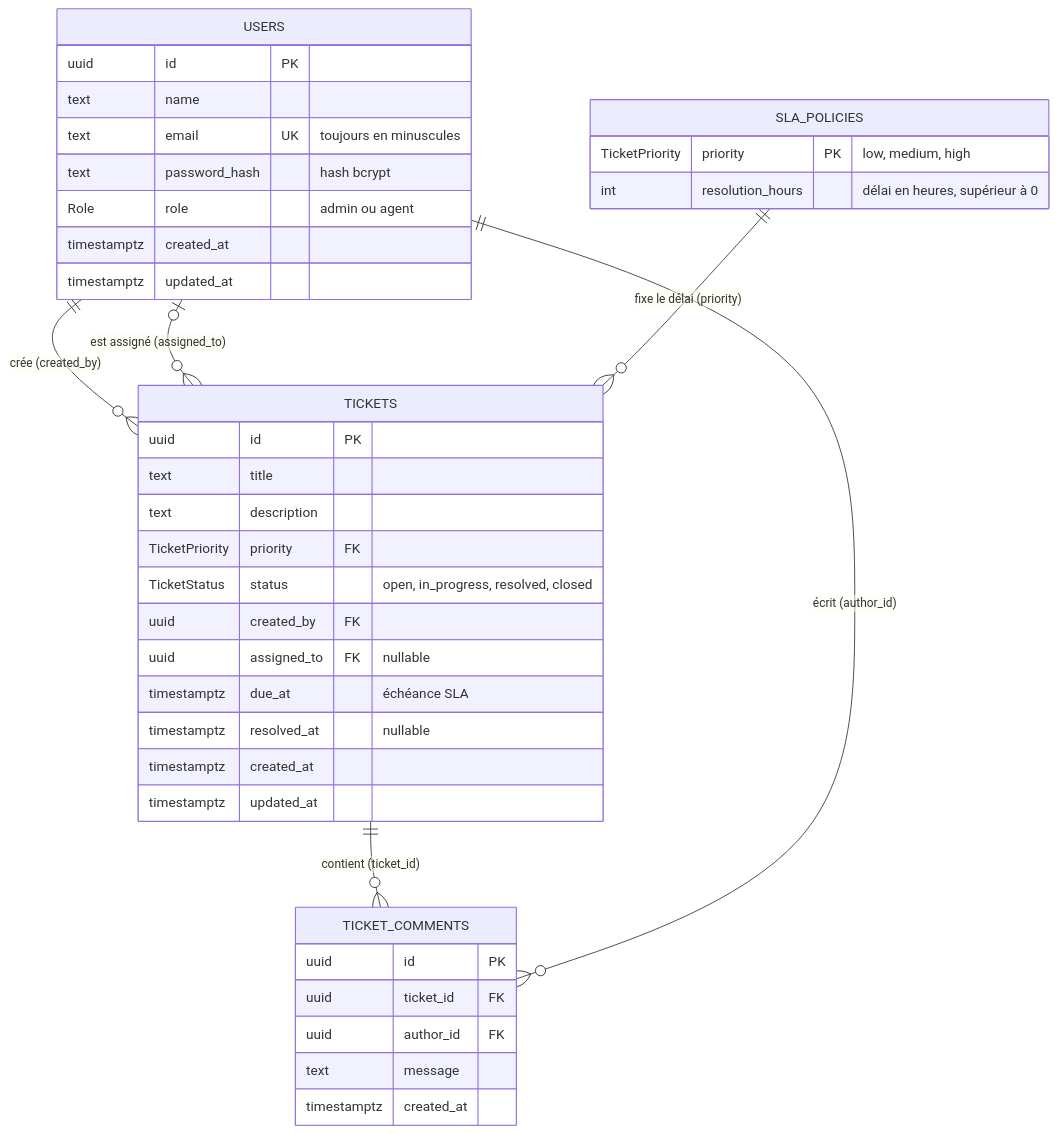
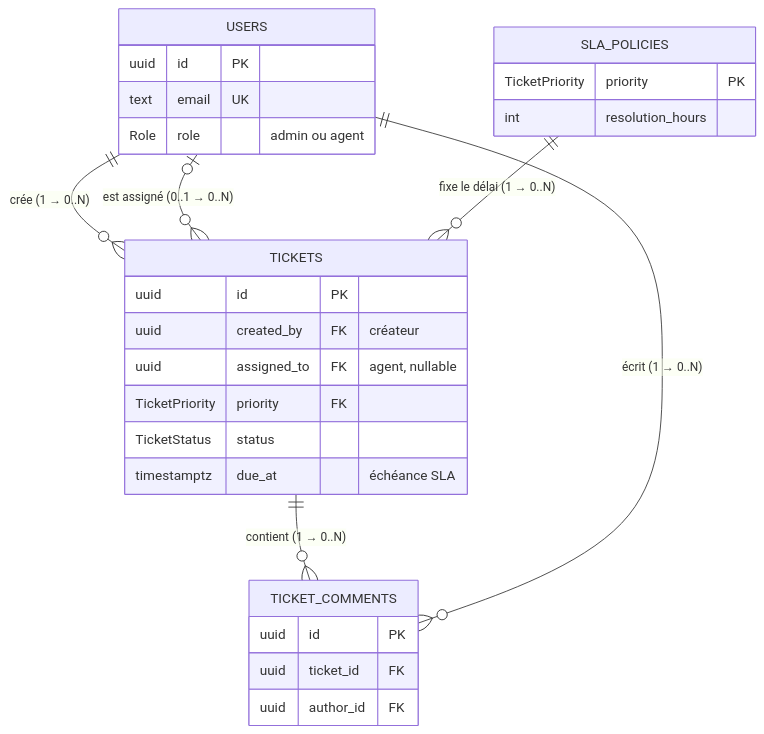
Before and after one commit to AyouubElb/HelpDeskPro: the first of 2 diagrams in docs/CONCEPTION.md, drawn with Mermaid. The commit also changed other lines of this file, not shown here.

First line of the commit message:
docs(conception): clarify the ERD relationships and trim implementation details

````diff
--- a/docs/CONCEPTION.md
+++ b/docs/CONCEPTION.md
@@ -36,42 +36,31 @@
 ```mermaid
 erDiagram
-    USERS ||--o{ TICKETS : "crée (created_by)"
-    USERS |o--o{ TICKETS : "est assigné (assigned_to)"
-    SLA_POLICIES ||--o{ TICKETS : "fixe le délai (priority)"
-    TICKETS ||--o{ TICKET_COMMENTS : "contient (ticket_id)"
-    USERS ||--o{ TICKET_COMMENTS : "écrit (author_id)"
+    USERS ||--o{ TICKETS : "crée (1 → 0..N)"
+    USERS |o--o{ TICKETS : "est assigné (0..1 → 0..N)"
+    SLA_POLICIES ||--o{ TICKETS : "fixe le délai (1 → 0..N)"
+    TICKETS ||--o{ TICKET_COMMENTS : "contient (1 → 0..N)"
+    USERS ||--o{ TICKET_COMMENTS : "écrit (1 → 0..N)"
 
     USERS {
         uuid id PK
-        text name
-        text email UK "toujours en minuscules"
-        text password_hash "hash bcrypt"
+        text email UK
         Role role "admin ou agent"
-        timestamptz created_at
-        timestamptz updated_at
     }
     SLA_POLICIES {
-        TicketPriority priority PK "low, medium, high"
-        int resolution_hours "délai en heures, supérieur à 0"
+        TicketPriority priority PK
+        int resolution_hours
     }
     TICKETS {
         uuid id PK
-        text title
-        text description
+        uuid created_by FK "créateur"
+        uuid assigned_to FK "agent, nullable"
         TicketPriority priority FK
-        TicketStatus status "open, in_progress, resolved, closed"
-        uuid created_by FK
-        uuid assigned_to FK "nullable"
+        TicketStatus status
         timestamptz due_at "échéance SLA"
-        timestamptz resolved_at "nullable"
-        timestamptz created_at
-        timestamptz updated_at
     }
     TICKET_COMMENTS {
         uuid id PK
         uuid ticket_id FK
         uuid author_id FK
-        text message
-        timestamptz created_at
     }
 ```
````
